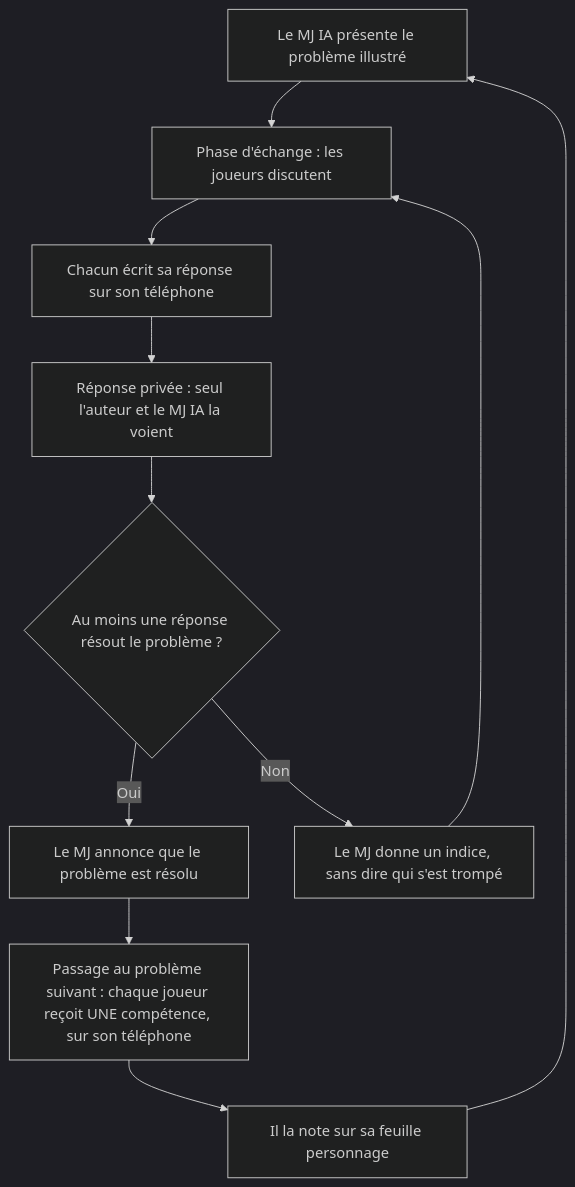
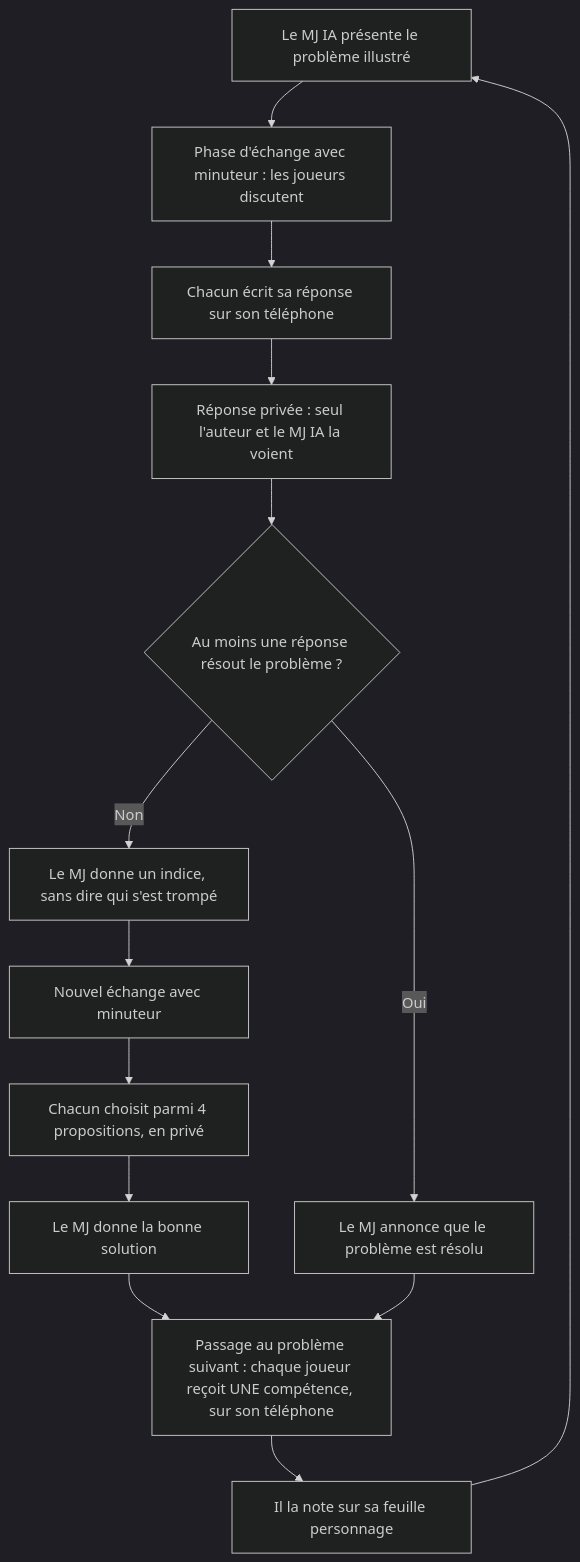
The first of 2 diagrams in content/Hackathon-IA/ideas/pierre/Jeu de rôle des compétences.md (Bisiaux-dev/public-vault), drawn with Mermaid (dark theme) before and after one commit. The commit also changed other lines of this file, not shown here.

````diff
--- a/content/Hackathon-IA/ideas/pierre/Jeu de rôle des compétences.md
+++ b/content/Hackathon-IA/ideas/pierre/Jeu de rôle des compétences.md
@@ -20,13 +21,16 @@
 ```mermaid
 flowchart TD
-    P[Le MJ IA présente le problème illustré] --> X[Phase d'échange : les joueurs discutent]
+    P[Le MJ IA présente le problème illustré] --> X[Phase d'échange avec minuteur : les joueurs discutent]
     X --> R[Chacun écrit sa réponse sur son téléphone]
     R --> C[Réponse privée : seul l'auteur et le MJ IA la voient]
     C --> V{Au moins une réponse résout le problème ?}
     V -- Oui --> S[Le MJ annonce que le problème est résolu]
     V -- Non --> I[Le MJ donne un indice, sans dire qui s'est trompé]
-    I --> X
+    I --> X2[Nouvel échange avec minuteur]
+    X2 --> Q[Chacun choisit parmi 4 propositions, en privé]
+    Q --> S2[Le MJ donne la bonne solution]
+    S2 --> K
     S --> K[Passage au problème suivant : chaque joueur reçoit UNE compétence, sur son téléphone]
     K --> F[Il la note sur sa feuille personnage]
     F --> P
 ```
````
